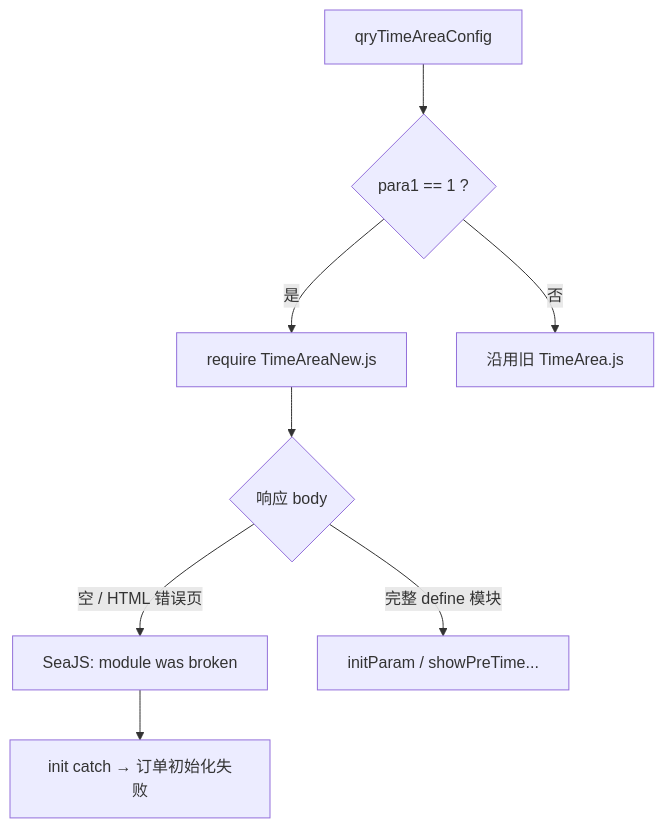
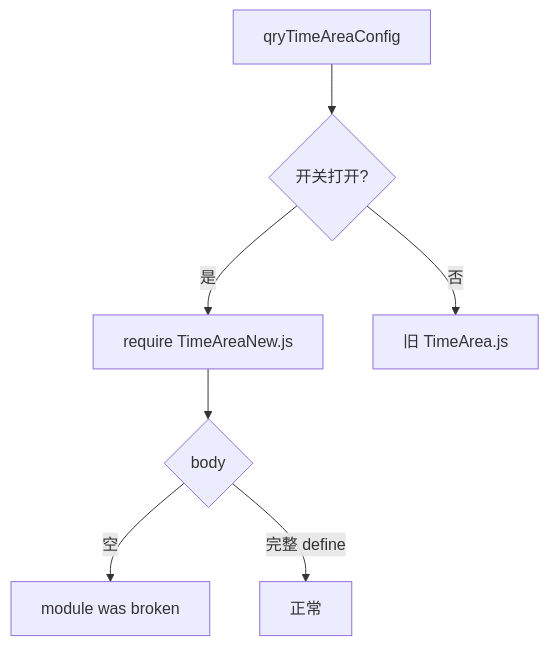
Before and after one commit to fjh1997/cat: the fifth of 6 diagrams in content/posts/PC微信小程序浙江移动宽带订单详情白屏排查：AES作用域、订单号长度14与SeaJS空模块.md, drawn with Mermaid. The commit also changed other lines of this file, not shown here.

````diff
--- a/content/posts/PC微信小程序浙江移动宽带订单详情白屏排查：AES作用域、订单号长度14与SeaJS空模块.md
+++ b/content/posts/PC微信小程序浙江移动宽带订单详情白屏排查：AES作用域、订单号长度14与SeaJS空模块.md
@@ -335,10 +187,9 @@
 ```mermaid
 flowchart TB
-  Q[qryTimeAreaConfig] --> C{para1 == 1 ?}
+  Q[qryTimeAreaConfig] --> C{开关打开?}
   C -->|是| R[require TimeAreaNew.js]
-  C -->|否| O[沿用旧 TimeArea.js]
-  R --> H{响应 body}
-  H -->|空 / HTML 错误页| B[SeaJS: module was broken]
-  H -->|完整 define 模块| OK[initParam / showPreTime...]
-  B --> E[init catch → 订单初始化失败]
+  R --> H{body}
+  H -->|空| B[module was broken]
+  H -->|完整 define| OK[正常]
+  C -->|否| O[旧 TimeArea.js]
 ```
````
